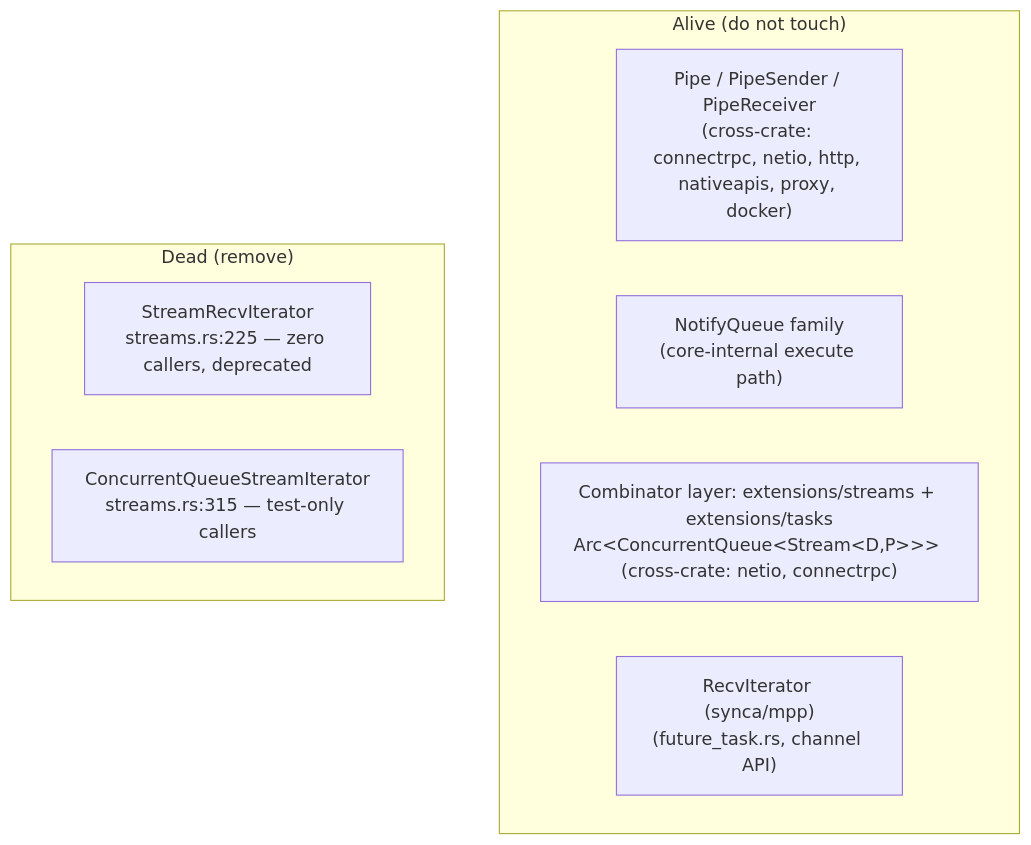
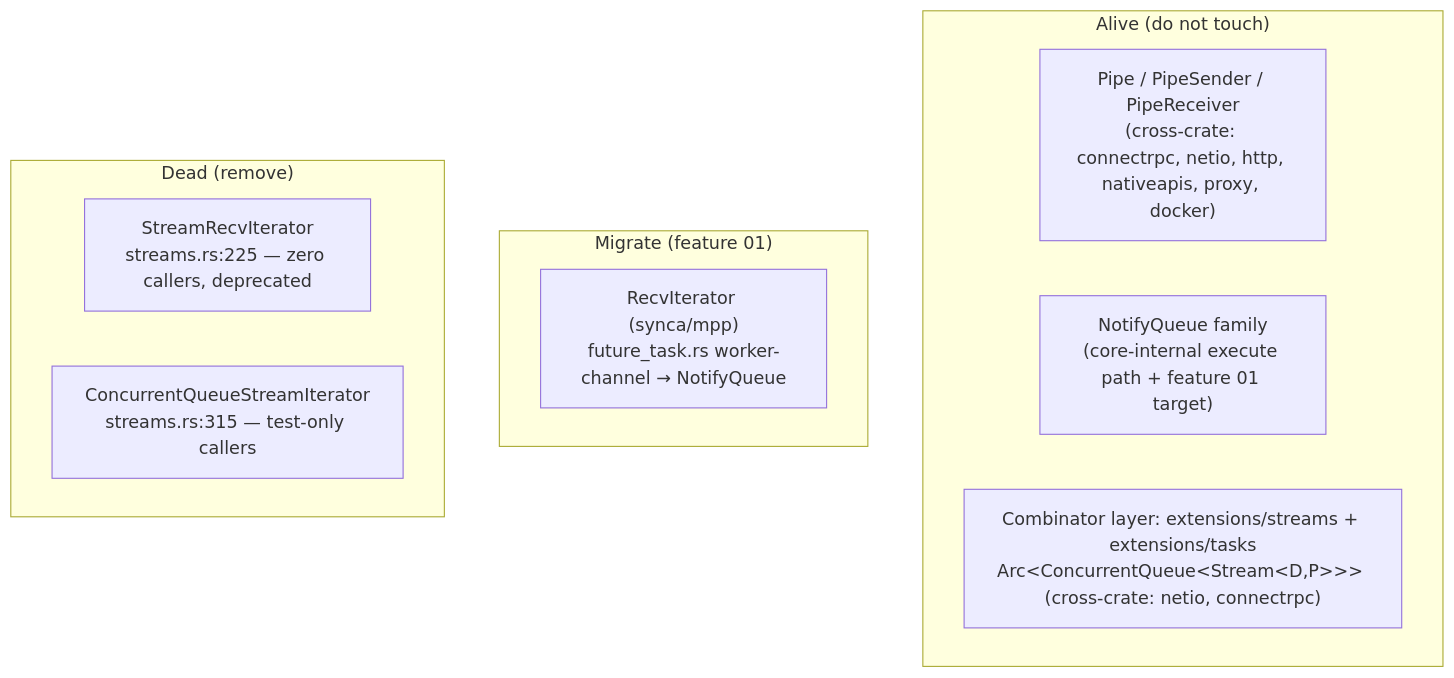
Before and after one commit to ewe-studios/ewe_platform: the diagram in specifications/65-valtron-stream-cleanup/requirements.md, drawn with Mermaid. The commit also changed other lines of this file and 5 other files, not shown here.

Commit message:
feat(valtron): spec 65 — add 01-migrate-recv-iterator and finalize cleanup spec

````diff
--- a/specifications/65-valtron-stream-cleanup/requirements.md
+++ b/specifications/65-valtron-stream-cleanup/requirements.md
@@ -107,13 +133,15 @@
 ```mermaid
 graph TD
     subgraph ALIVE["Alive (do not touch)"]
         PIPE["Pipe / PipeSender / PipeReceiver<br/>(cross-crate: connectrpc, netio, http, nativeapis, proxy, docker)"]
-        NQ["NotifyQueue family<br/>(core-internal execute path)"]
+        NQ["NotifyQueue family<br/>(core-internal execute path + feature 01 target)"]
         COMB["Combinator layer: extensions/streams + extensions/tasks<br/>Arc&lt;ConcurrentQueue&lt;Stream&lt;D,P&gt;&gt;&gt; (cross-crate: netio, connectrpc)"]
-        RCV["RecvIterator (synca/mpp)<br/>(future_task.rs, channel API)"]
+    end
+    subgraph MIGRATE["Migrate (feature 01)"]
+        RCV["RecvIterator (synca/mpp)<br/>future_task.rs worker-channel → NotifyQueue"]
     end
     subgraph DEAD["Dead (remove)"]
         SRI["StreamRecvIterator<br/>streams.rs:225 — zero callers, deprecated"]
         CQI["ConcurrentQueueStreamIterator<br/>streams.rs:315 — test-only callers"]
     end
 ```
````
